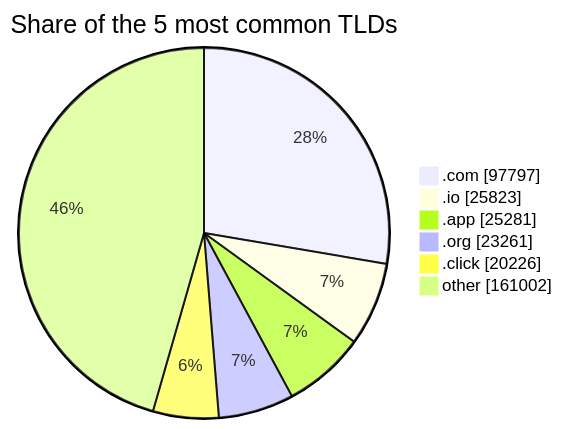
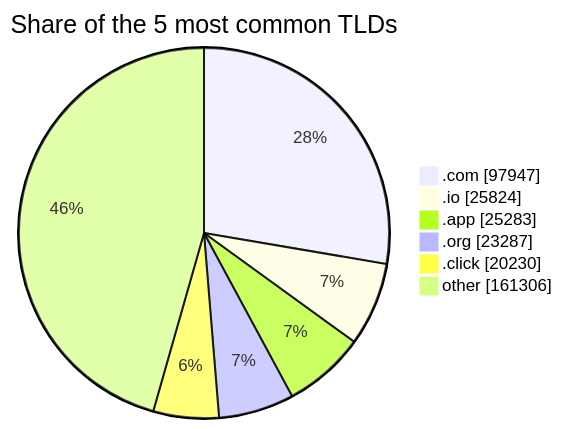
The third of 3 diagrams in README.md (DNSBunker/CTI), drawn with Mermaid before and after one commit. The commit also changed other lines of this file and 3 other files, not shown here.

````diff
--- a/README.md
+++ b/README.md
@@ -81,9 +81,9 @@
 ```mermaid
 pie showData title Share of the 5 most common TLDs
-    ".com" : 97797
-    ".io" : 25823
-    ".app" : 25281
-    ".org" : 23261
-    ".click" : 20226
-    "other" : 161002
+    ".com" : 97947
+    ".io" : 25824
+    ".app" : 25283
+    ".org" : 23287
+    ".click" : 20230
+    "other" : 161306
 ```
````
